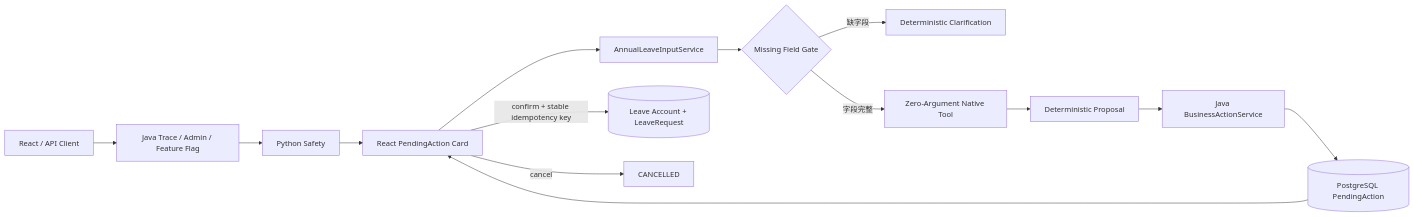
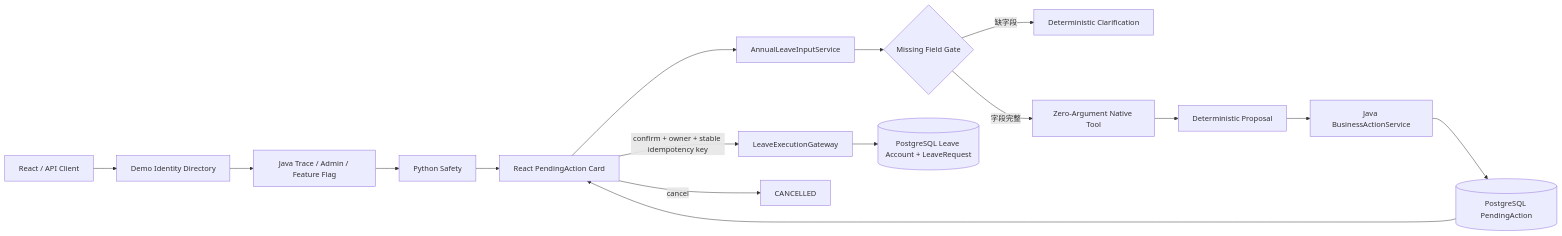
The diagram in docs/controlled-business-actions.md (izz-BLUE/enterprise-ai-copilot), drawn with Mermaid before and after one commit. The commit also changed other lines of this file and 5 other files, not shown here.

Commit message:
docs(demo): document identity isolation and OA integration boundary

````diff
--- a/docs/controlled-business-actions.md
+++ b/docs/controlled-business-actions.md
@@ -11,16 +11,18 @@
 ```mermaid
 flowchart LR
-    U[React / API Client] --> J[Java Trace / Admin / Feature Flag]
+    U[React / API Client] --> D[Demo Identity Directory]
+    D --> J[Java Trace / Admin / Feature Flag]
     J --> S[Python Safety]
     S --> R[Deterministic Action Router]
     R --> I[AnnualLeaveInputService]
     I --> G{Missing Field Gate}
     G -->|缺字段| C[Deterministic Clarification]
     G -->|字段完整| T[Zero-Argument Native Tool]
     T --> P[Deterministic Proposal]
     P --> V[Java BusinessActionService]
     V --> A[(PostgreSQL PendingAction)]
     A --> R[React PendingAction Card]
-    R -->|confirm + stable idempotency key| L[(Leave Account + LeaveRequest)]
+    R -->|confirm + owner + stable idempotency key| E[LeaveExecutionGateway]
+    E --> L[(PostgreSQL Leave Account + LeaveRequest)]
     R -->|cancel| X[CANCELLED]
 ```
````
